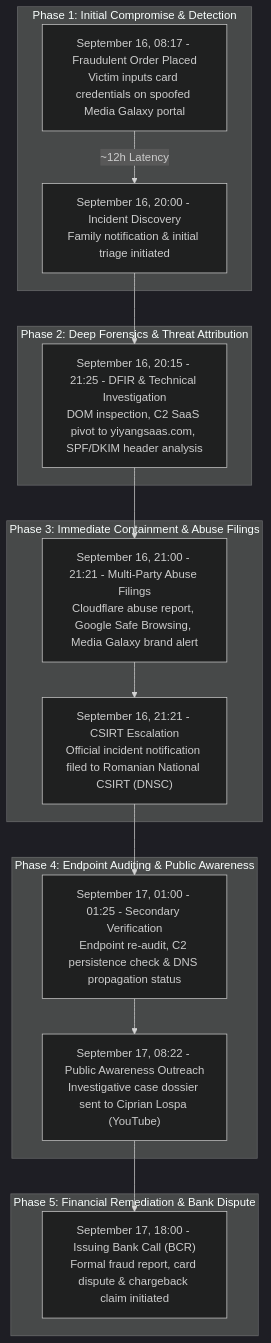
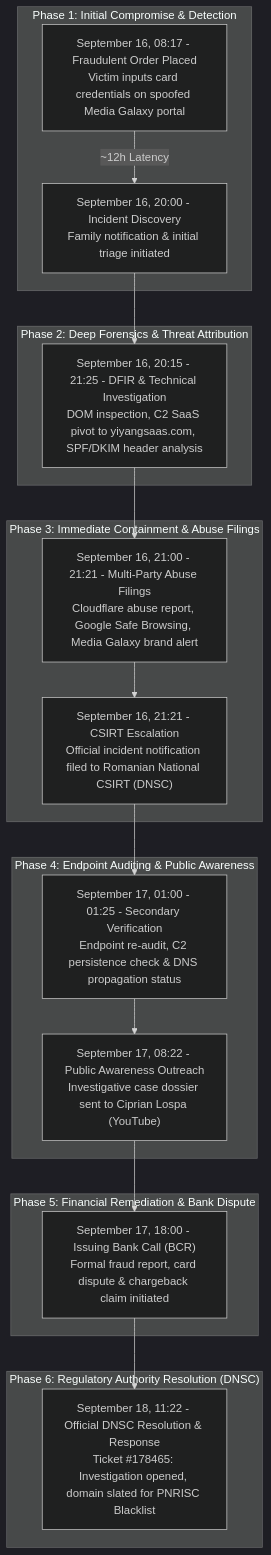
One commit to stefanutc1/infrastructure changed the second of 2 diagrams in cyber/mediagalaxy-ecommerce-fraud-forensics/README.md. Above: the diagram before and after it, drawn with Mermaid (dark theme). The commit also changed other lines of this file and 11 other files, not shown here.

Commit message:
feat(cyber): add official DNSC response dossier [Ticket #178465] (RO/EN) and enhance CSIRT sync resilience

````diff
--- a/cyber/mediagalaxy-ecommerce-fraud-forensics/README.md
+++ b/cyber/mediagalaxy-ecommerce-fraud-forensics/README.md
@@ -76,32 +77,37 @@
 ```mermaid
 flowchart TD
     subgraph P1["Phase 1: Initial Compromise & Detection"]
         A["September 16, 08:17 - Fraudulent Order Placed<br/>Victim inputs card credentials on spoofed Media Galaxy portal"]
         B["September 16, 20:00 - Incident Discovery<br/>Family notification & initial triage initiated"]
         A -->|~12h Latency| B
     end
 
     subgraph P2["Phase 2: Deep Forensics & Threat Attribution"]
         C["September 16, 20:15 - 21:25 - DFIR & Technical Investigation<br/>DOM inspection, C2 SaaS pivot to yiyangsaas.com, SPF/DKIM header analysis"]
         B --> C
     end
 
     subgraph P3["Phase 3: Immediate Containment & Abuse Filings"]
         D["September 16, 21:00 - 21:21 - Multi-Party Abuse Filings<br/>Cloudflare abuse report, Google Safe Browsing, Media Galaxy brand alert"]
         E["September 16, 21:21 - CSIRT Escalation<br/>Official incident notification filed to Romanian National CSIRT (DNSC)"]
         C --> D
         D --> E
     end
 
     subgraph P4["Phase 4: Endpoint Auditing & Public Awareness"]
         F["September 17, 01:00 - 01:25 - Secondary Verification<br/>Endpoint re-audit, C2 persistence check & DNS propagation status"]
         G["September 17, 08:22 - Public Awareness Outreach<br/>Investigative case dossier sent to Ciprian Lospa (YouTube)"]
         E --> F
         F --> G
     end
 
     subgraph P5["Phase 5: Financial Remediation & Bank Dispute"]
         H["September 17, 18:00 - Issuing Bank Call (BCR)<br/>Formal fraud report, card dispute & chargeback claim initiated"]
         G --> H
     end
+
+    subgraph P6["Phase 6: Regulatory Authority Resolution (DNSC)"]
+        I["September 18, 11:22 - Official DNSC Resolution & Response<br/>Ticket #178465: Investigation opened, domain slated for PNRISC Blacklist"]
+        H --> I
+    end
 ```
````
